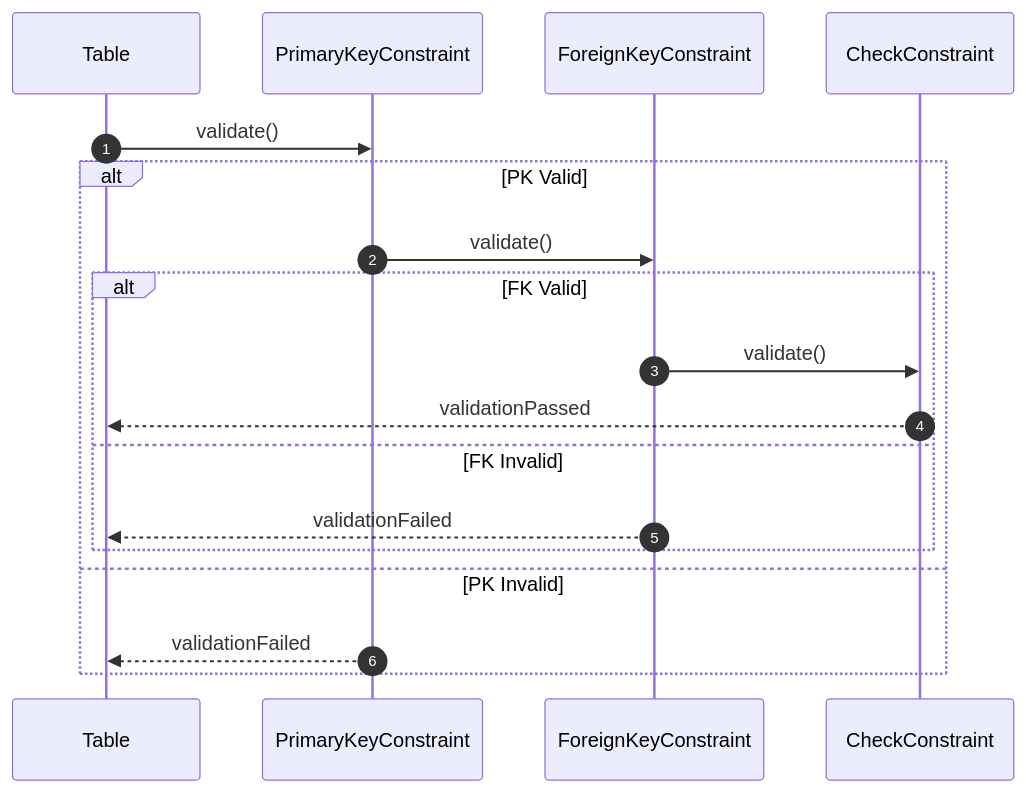
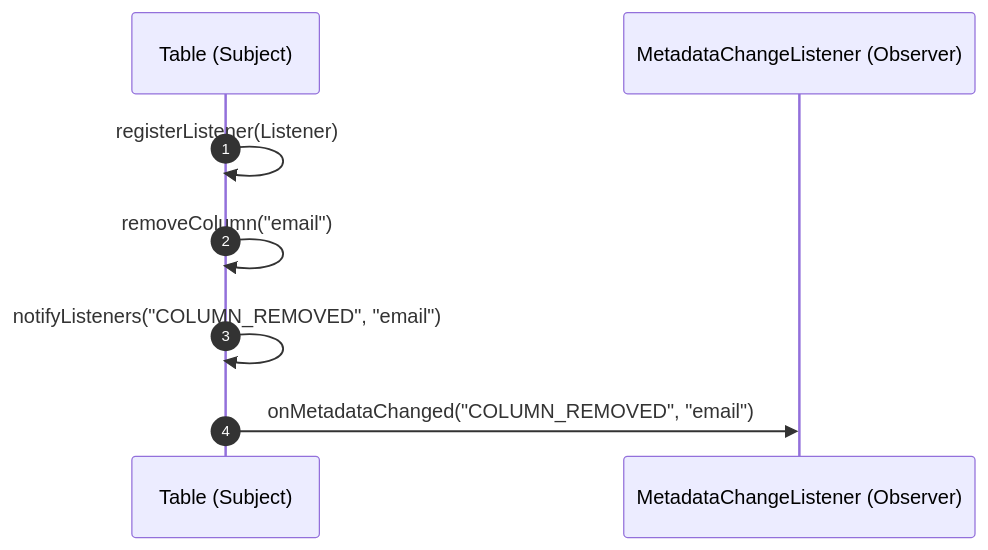
Before and after one commit to Dikhang1112/Database_Management_BBV: the ninth of 15 diagrams in docs/design_patterns/metadata/Sequece.md, drawn with Mermaid. The commit also changed other lines of this file and 2 other files, not shown here.

Commit message:
Refactor class diagram follow desgin pattern and document

````diff
--- a/docs/design_patterns/metadata/Sequece.md
+++ b/docs/design_patterns/metadata/Sequece.md
@@ -276,21 +215,11 @@
 ```mermaid
 sequenceDiagram
     autonumber
-    participant Table as Table
-    participant PK as PrimaryKeyConstraint
-    participant FK as ForeignKeyConstraint
-    participant Check as CheckConstraint
+    participant Table as Table (Subject)
+    participant Listener as MetadataChangeListener (Observer)
 
-    Table->>PK: validate()
-    alt PK Valid
-        PK->>FK: validate()
-        alt FK Valid
-            FK->>Check: validate()
-            Check-->>Table: validationPassed
-        else FK Invalid
-            FK-->>Table: validationFailed
-        end
-    else PK Invalid
-        PK-->>Table: validationFailed
-    end
+    Table->>Table: registerListener(Listener)
+    Table->>Table: removeColumn("email")
+    Table->>Table: notifyListeners("COLUMN_REMOVED", "email")
+    Table->>Listener: onMetadataChanged("COLUMN_REMOVED", "email")
 ```
````
